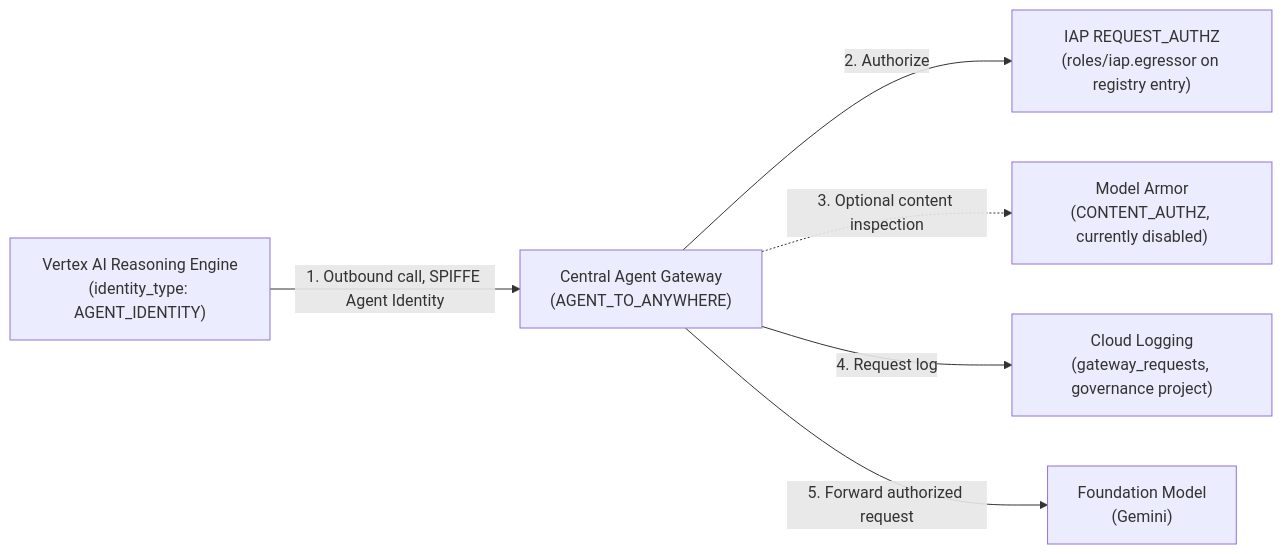
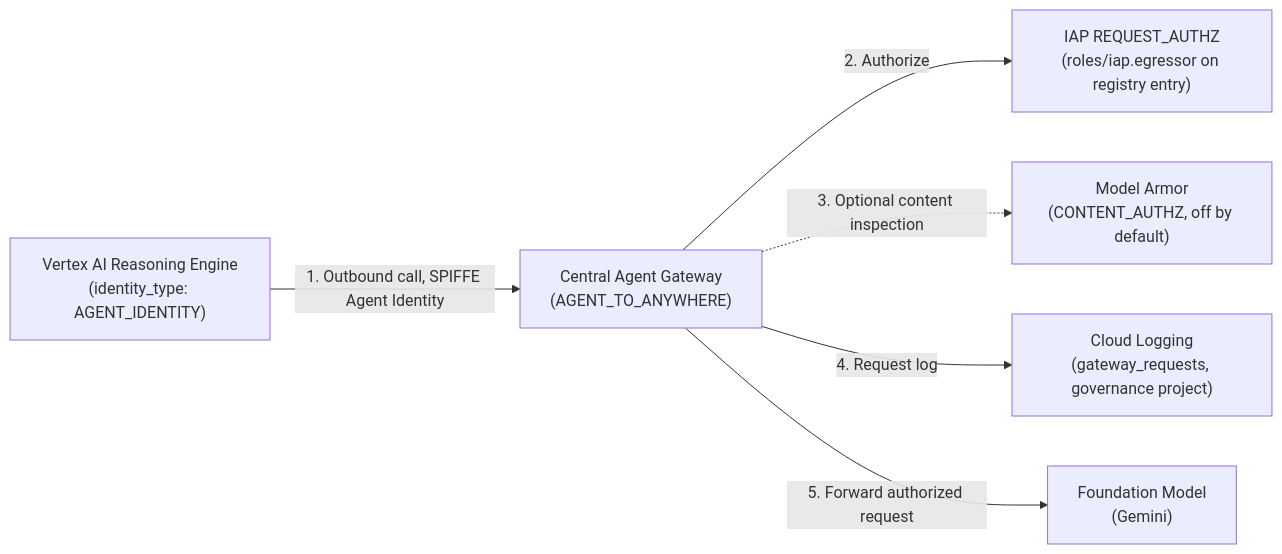
The second of 2 diagrams in docs/src/3-agentops-and-lifecycle/03-centralized-monitoring-and-dashboards.md (google/esmeralda), drawn with Mermaid before and after one commit. The commit also changed other lines of this file and 22 other files, not shown here.

First line of the commit message:
feat(governance): Model Armor switches for model calls and Agent Gateway (#199)

````diff
--- a/docs/src/3-agentops-and-lifecycle/03-centralized-monitoring-and-dashboards.md
+++ b/docs/src/3-agentops-and-lifecycle/03-centralized-monitoring-and-dashboards.md
@@ -349,15 +349,15 @@
 ```mermaid
 flowchart LR
     RE["Vertex AI Reasoning Engine<br/>(identity_type: AGENT_IDENTITY)"]
     AGW["Central Agent Gateway<br/>(AGENT_TO_ANYWHERE)"]
     IAP["IAP REQUEST_AUTHZ<br/>(roles/iap.egressor on registry entry)"]
-    MA["Model Armor<br/>(CONTENT_AUTHZ, currently disabled)"]
+    MA["Model Armor<br/>(CONTENT_AUTHZ, off by default)"]
     LOG["Cloud Logging<br/>(gateway_requests, governance project)"]
     Gemini["Foundation Model<br/>(Gemini)"]
 
     RE -->|1. Outbound call, SPIFFE Agent Identity| AGW
     AGW -->|2. Authorize| IAP
     AGW -.->|3. Optional content inspection| MA
     AGW -->|4. Request log| LOG
     AGW -->|5. Forward authorized request| Gemini
 ```
````
